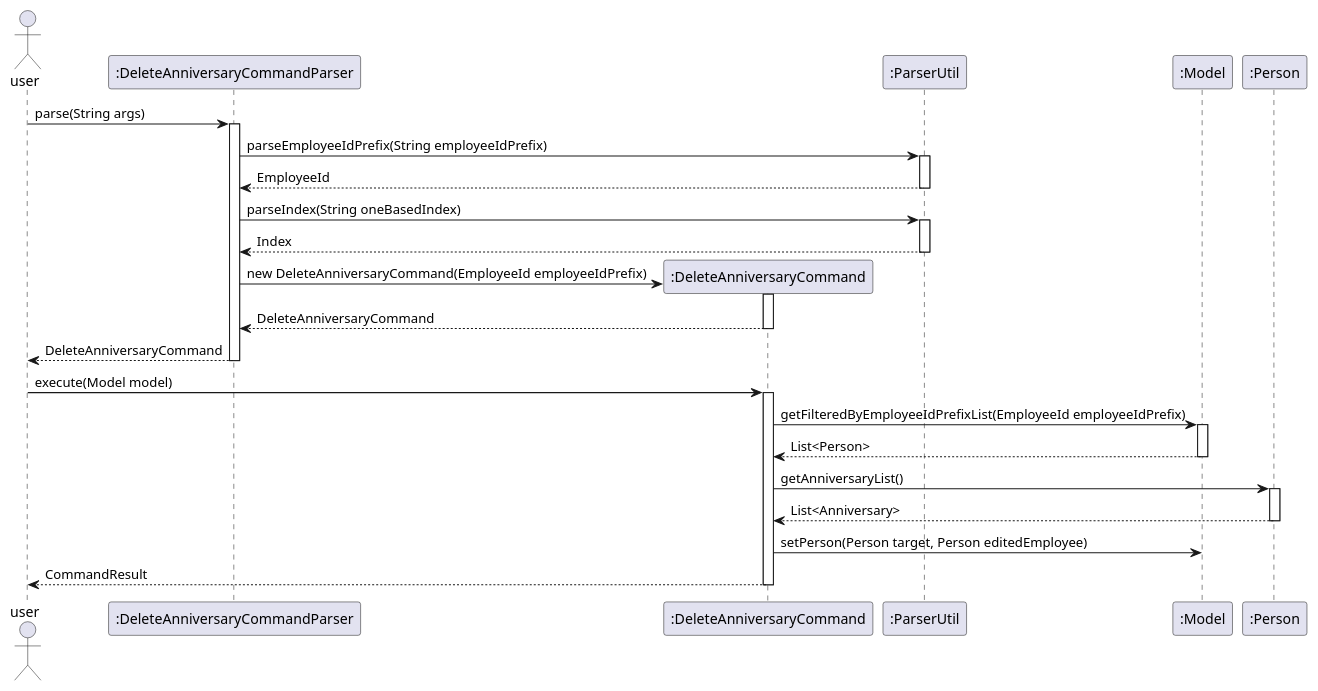
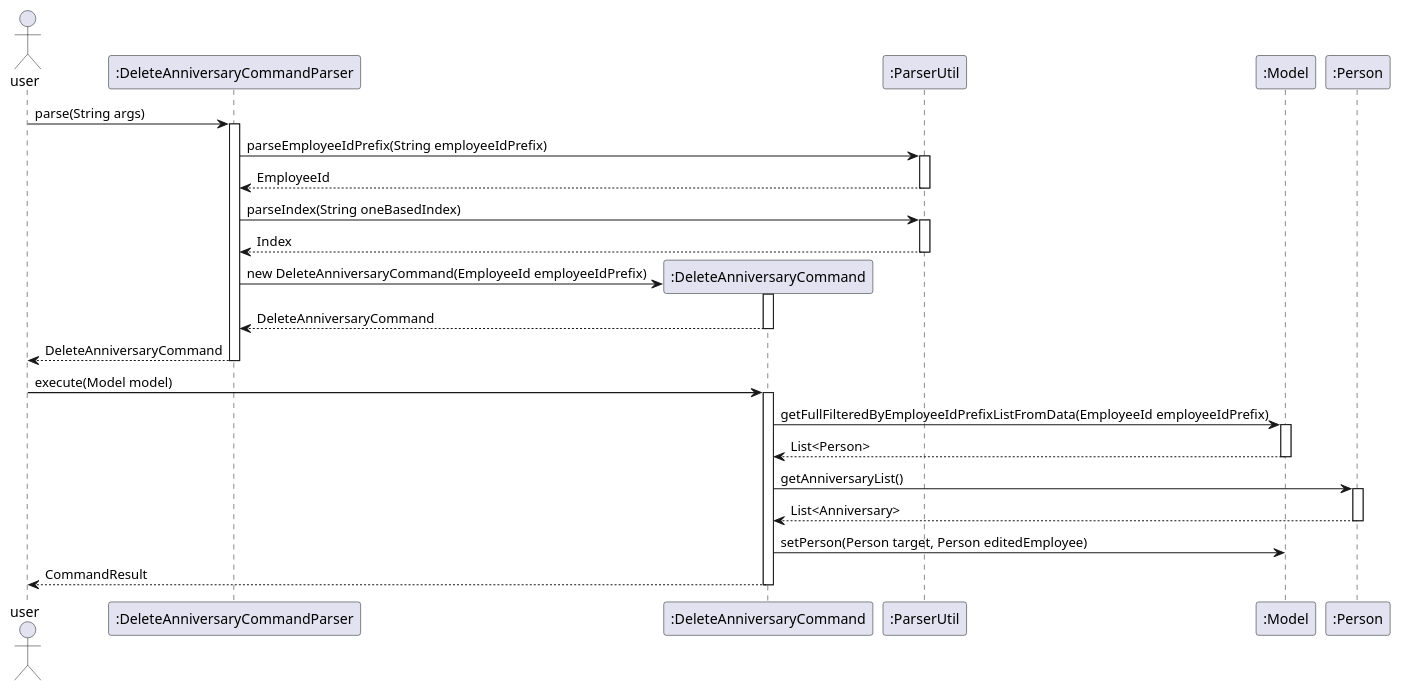
The diagram in docs/diagrams/DeleteAnniversaryCommandSequenceDiagram.puml (kimseunghyun-kr/tp), drawn with PlantUML before and after one commit. The commit also changed 1 other file, not shown here.

Commit message:
Edit : modified puml sequence diagrams

```diff
--- a/docs/diagrams/DeleteAnniversaryCommandSequenceDiagram.puml
+++ b/docs/diagrams/DeleteAnniversaryCommandSequenceDiagram.puml
@@ -1,39 +1,39 @@
 @startuml
 actor user as U
 participant ":DeleteAnniversaryCommandParser" as DACP
 participant ":DeleteAnniversaryCommand" as DAC
 participant ":ParserUtil" as PU
 participant ":Model" as M
 participant ":Person" as P
 
 U -> DACP: parse(String args)
 activate DACP
 DACP -> PU: parseEmployeeIdPrefix(String employeeIdPrefix)
 activate PU
 PU --> DACP: EmployeeId
 deactivate PU
 DACP -> PU: parseIndex(String oneBasedIndex)
 activate PU
 PU --> DACP: Index
 deactivate PU
 create DAC
 DACP -> DAC: new DeleteAnniversaryCommand(EmployeeId employeeIdPrefix)
 Activate DAC
 return DeleteAnniversaryCommand
 DACP --> U : DeleteAnniversaryCommand
 deactivate DACP
 
 U -> DAC: execute(Model model)
 activate DAC
-DAC -> M : getFilteredByEmployeeIdPrefixList(EmployeeId employeeIdPrefix)
+DAC -> M : getFullFilteredByEmployeeIdPrefixListFromData(EmployeeId employeeIdPrefix)
 activate M
 M --> DAC : List<Person>
 deactivate M
 DAC -> P : getAnniversaryList()
 activate P
 P --> DAC : List<Anniversary>
 deactivate P
 DAC -> M : setPerson(Person target, Person editedEmployee)
 DAC --> U : CommandResult
 deactivate DAC
 @enduml
```
